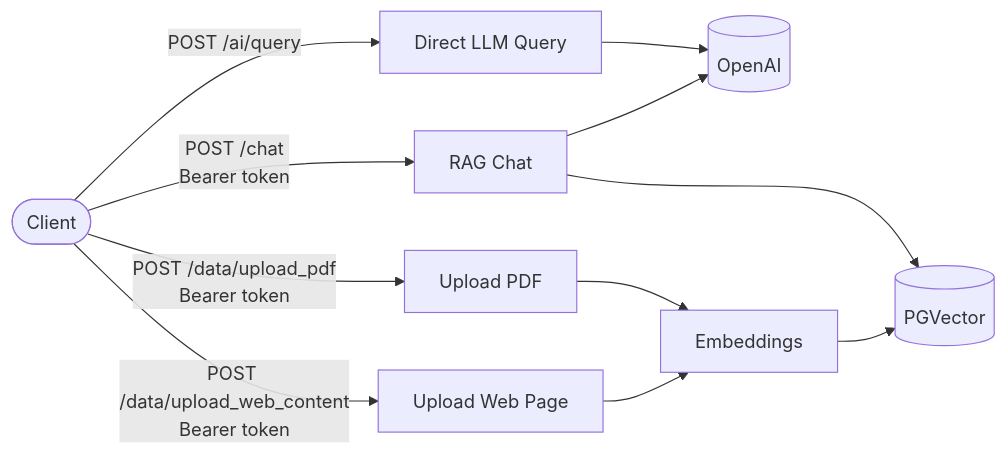
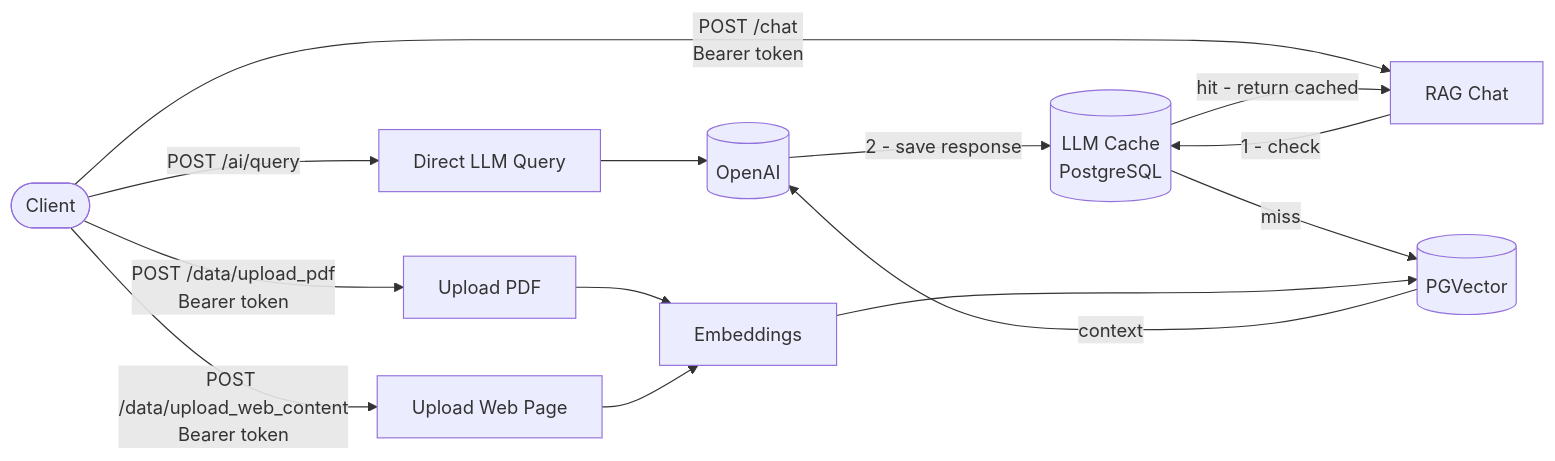
One commit to janardhanjayanthS/Py changed the diagram in Week 6 - 9/EOW project/README.md. Above: the diagram before and after it, drawn with Mermaid.

````diff
--- a/Week 6 - 9/EOW project/README.md
+++ b/Week 6 - 9/EOW project/README.md
@@ -67,14 +67,20 @@
 ```mermaid
 flowchart LR
     Client([Client])
 
     Client -->|POST /ai/query| AI[Direct LLM Query]
     Client -->|POST /chat\nBearer token| Chat[RAG Chat]
     Client -->|POST /data/upload_pdf\nBearer token| UpPDF[Upload PDF]
     Client -->|POST /data/upload_web_content\nBearer token| UpWeb[Upload Web Page]
 
     AI --> LLM[(OpenAI)]
-    Chat --> VDB[(PGVector)] & LLM
+
+    Chat -->|1 - check| Cache[(LLM Cache\nPostgreSQL)]
+    Cache -->|hit - return cached| Chat
+    Cache -->|miss| VDB[(PGVector)]
+    VDB -->|context| LLM
+    LLM -->|2 - save response| Cache
+
     UpPDF --> Embed[Embeddings] --> VDB
     UpWeb --> Embed
 ```
````
